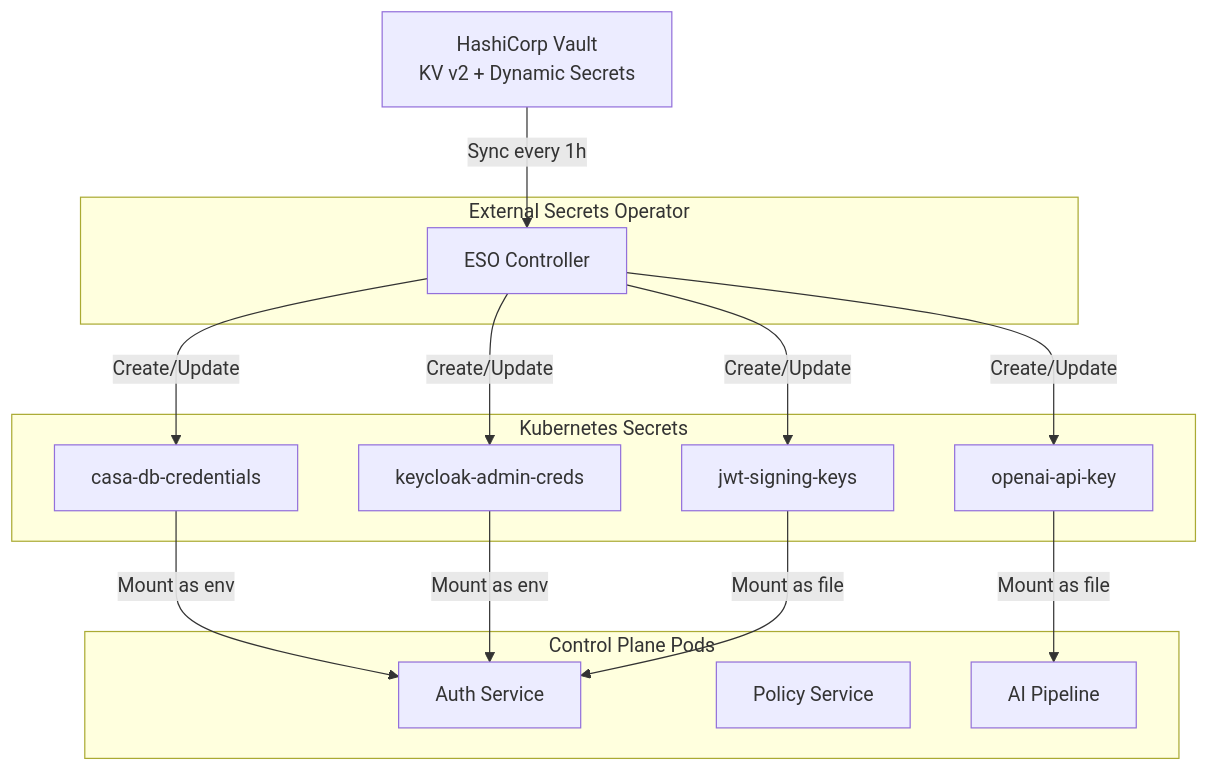
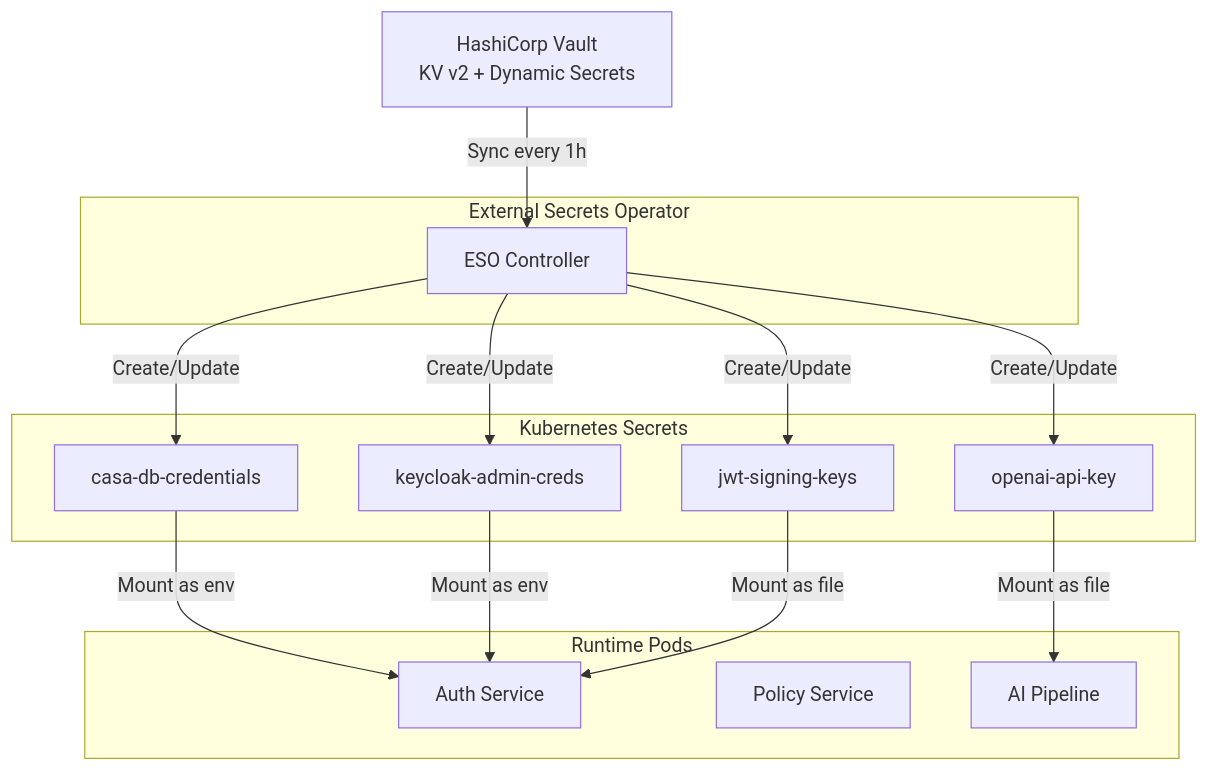
One commit to outshift-open/CASA changed the tenth of 16 diagrams in docs/dev/specs/SPECS.md. Above: the diagram before and after it, drawn with Mermaid. The commit also changed other lines of this file and 95 other files, not shown here.

````diff
--- a/docs/dev/specs/SPECS.md
+++ b/docs/dev/specs/SPECS.md
@@ -2692,32 +2692,32 @@
 ```mermaid
 graph TB
     VAULT[HashiCorp Vault<br/>KV v2 + Dynamic Secrets]
 
     subgraph "External Secrets Operator"
         ESO[ESO Controller]
     end
 
     subgraph "Kubernetes Secrets"
         DB_SEC[casa-db-credentials]
         KC_SEC[keycloak-admin-creds]
         LLM_SEC[openai-api-key]
         JWT_SEC[jwt-signing-keys]
     end
 
-    subgraph "Control Plane Pods"
+    subgraph "Runtime Pods"
         AUTH[Auth Service]
         POLICY[Policy Service]
         AI[AI Pipeline]
     end
 
     VAULT -->|Sync every 1h| ESO
     ESO -->|Create/Update| DB_SEC
     ESO -->|Create/Update| KC_SEC
     ESO -->|Create/Update| LLM_SEC
     ESO -->|Create/Update| JWT_SEC
 
     DB_SEC -->|Mount as env| AUTH
     KC_SEC -->|Mount as env| AUTH
     LLM_SEC -->|Mount as file| AI
     JWT_SEC -->|Mount as file| AUTH
 ```
````
